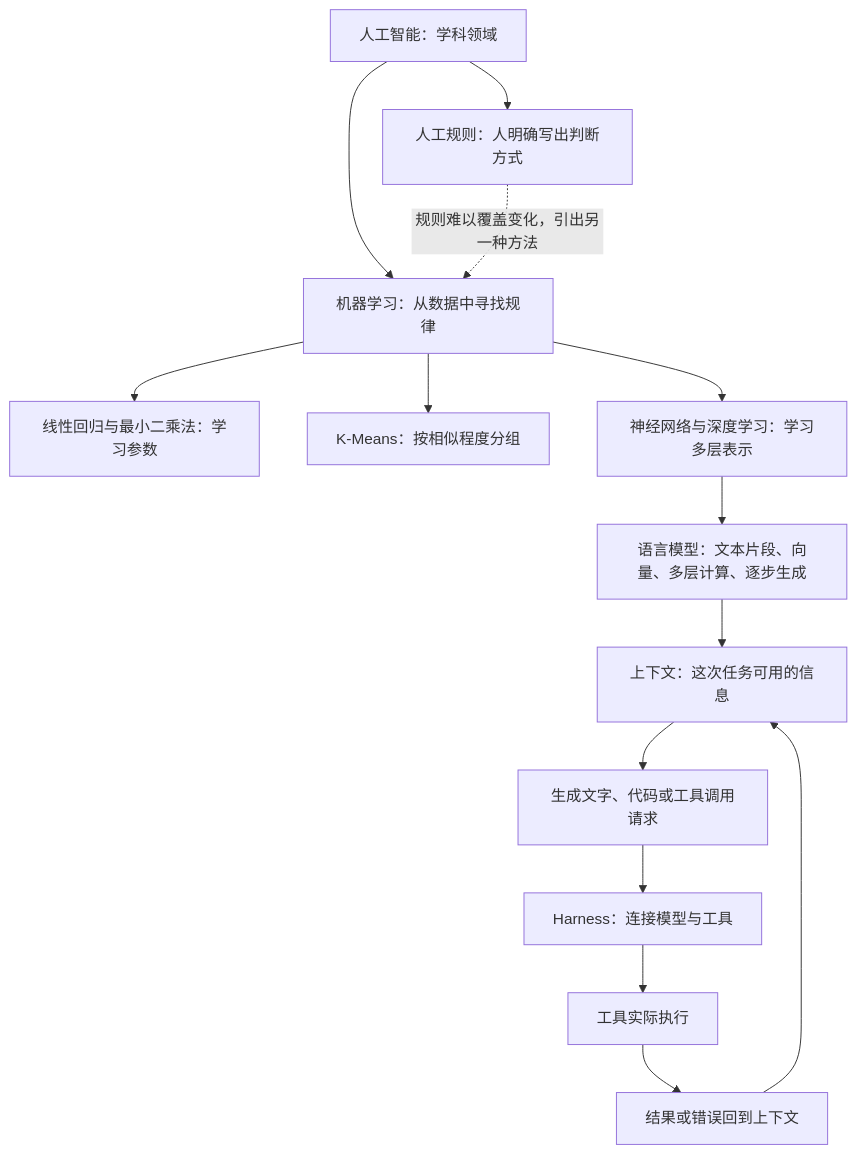
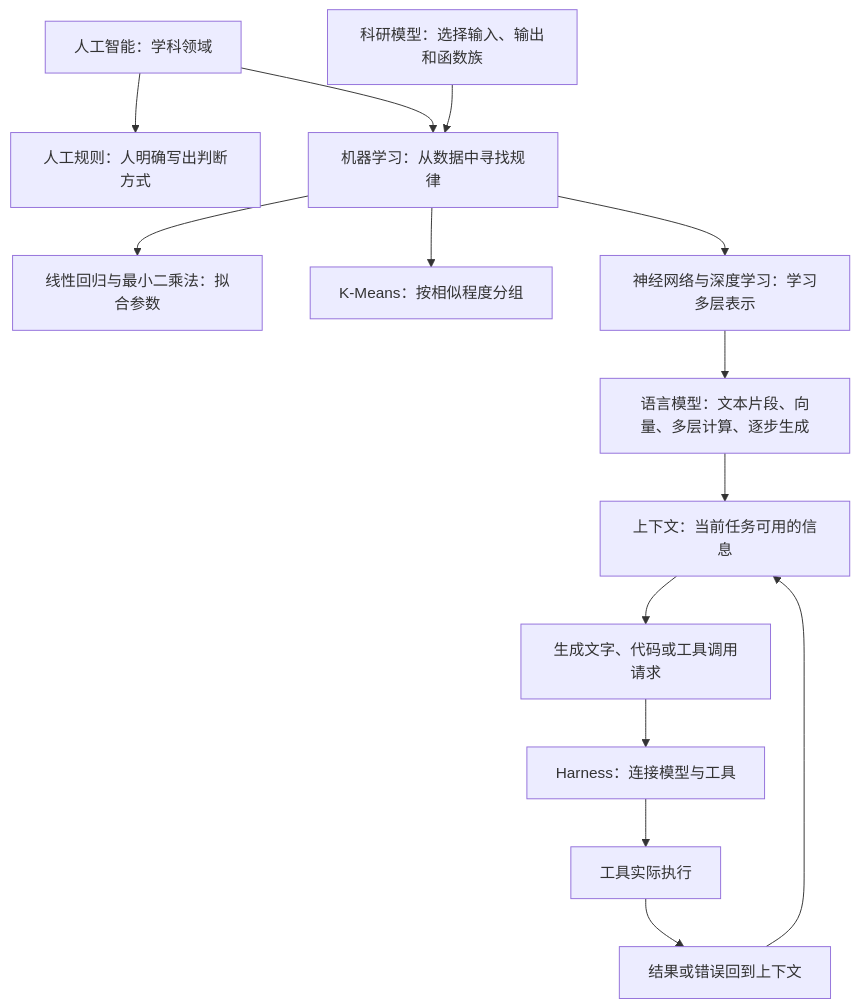
The diagram in lesson01/内容/04_AI与Agent的工作方式.md (shadowater/ai-for-mat-science), drawn with Mermaid before and after one commit. The commit also changed other lines of this file and 4 other files, not shown here.

````diff
--- a/lesson01/内容/04_AI与Agent的工作方式.md
+++ b/lesson01/内容/04_AI与Agent的工作方式.md
@@ -34,16 +24,16 @@
 ```mermaid
 flowchart TD
     AI[人工智能：学科领域] --> Rule[人工规则：人明确写出判断方式]
     AI --> ML[机器学习：从数据中寻找规律]
-    Rule -.规则难以覆盖变化，引出另一种方法.-> ML
-    ML --> Fit[线性回归与最小二乘法：学习参数]
+    Model[科研模型：选择输入、输出和函数族] --> ML
+    ML --> Fit[线性回归与最小二乘法：拟合参数]
     ML --> KM[K-Means：按相似程度分组]
     ML --> NN[神经网络与深度学习：学习多层表示]
     NN --> LLM[语言模型：文本片段、向量、多层计算、逐步生成]
-    LLM --> Context[上下文：这次任务可用的信息]
+    LLM --> Context[上下文：当前任务可用的信息]
     Context --> Request[生成文字、代码或工具调用请求]
     Request --> Harness[Harness：连接模型与工具]
     Harness --> Tool[工具实际执行]
     Tool --> Feedback[结果或错误回到上下文]
     Feedback --> Context
 ```
````
